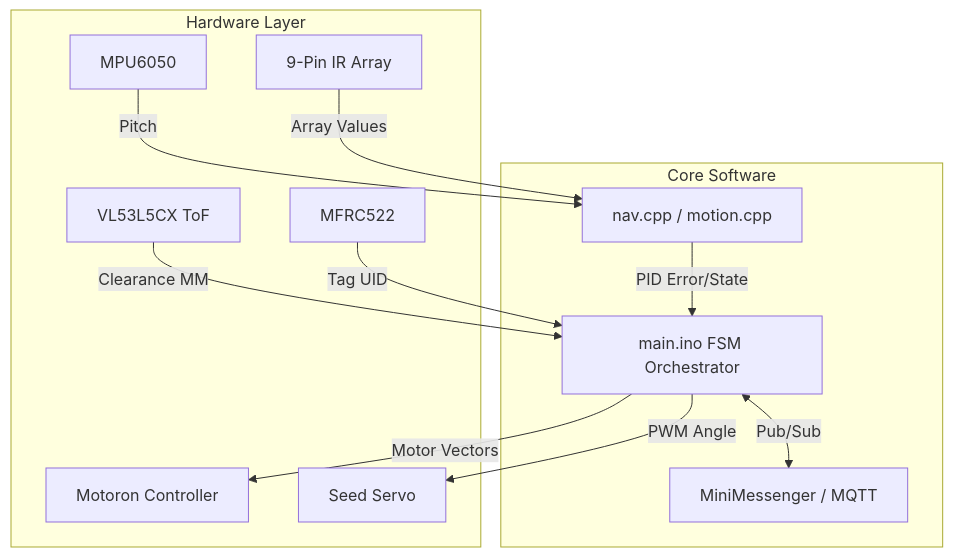
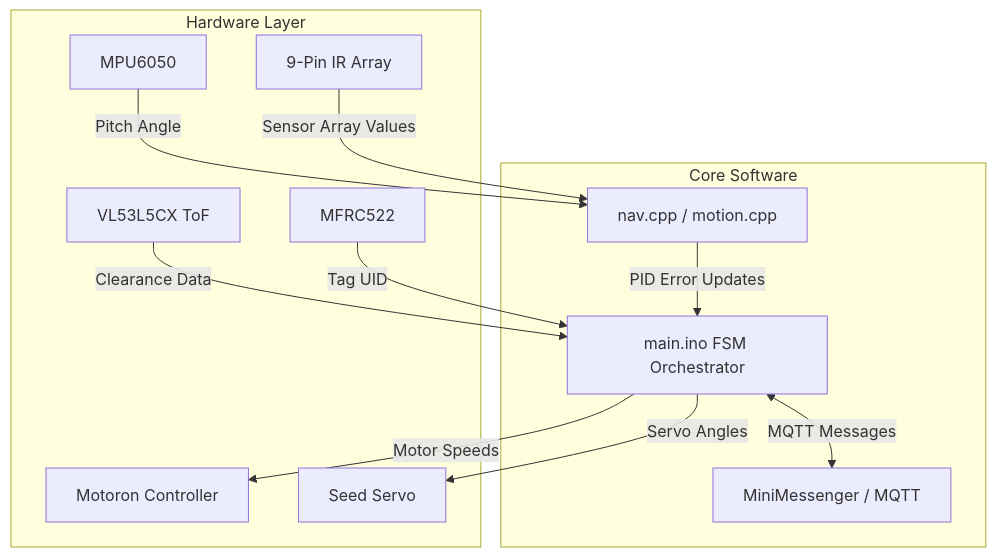
Before and after one commit to RobotsAndAryan/Robotics_Challenge_Team13: the first of 4 diagrams in README.md, drawn with Mermaid. The commit also changed other lines of this file, not shown here.

````diff
--- a/README.md
+++ b/README.md
@@ -58,27 +57,27 @@
 ```mermaid
 graph TD
     subgraph Hardware Layer
         ToF[VL53L5CX ToF]
         IMU[MPU6050]
         RFID[MFRC522]
         IR[9-Pin IR Array]
         MC[Motoron Controller]
         Srv[Seed Servo]
     end
 
     subgraph Core Software
         FSM[main.ino FSM Orchestrator]
         Nav[nav.cpp / motion.cpp]
         Net[MiniMessenger / MQTT]
     end
 
-    ToF -->|Clearance MM| FSM
-    IMU -->|Pitch| Nav
-    IR -->|Array Values| Nav
+    ToF -->|Clearance Data| FSM
+    IMU -->|Pitch Angle| Nav
+    IR -->|Sensor Array Values| Nav
     RFID -->|Tag UID| FSM
 
-    FSM <-->|Pub/Sub| Net
-    Nav -->|PID Error/State| FSM
-    FSM -->|Motor Vectors| MC
-    FSM -->|PWM Angle| Srv
+    FSM <-->|MQTT Messages| Net
+    Nav -->|PID Error Updates| FSM
+    FSM -->|Motor Speeds| MC
+    FSM -->|Servo Angles| Srv
 ```
````
